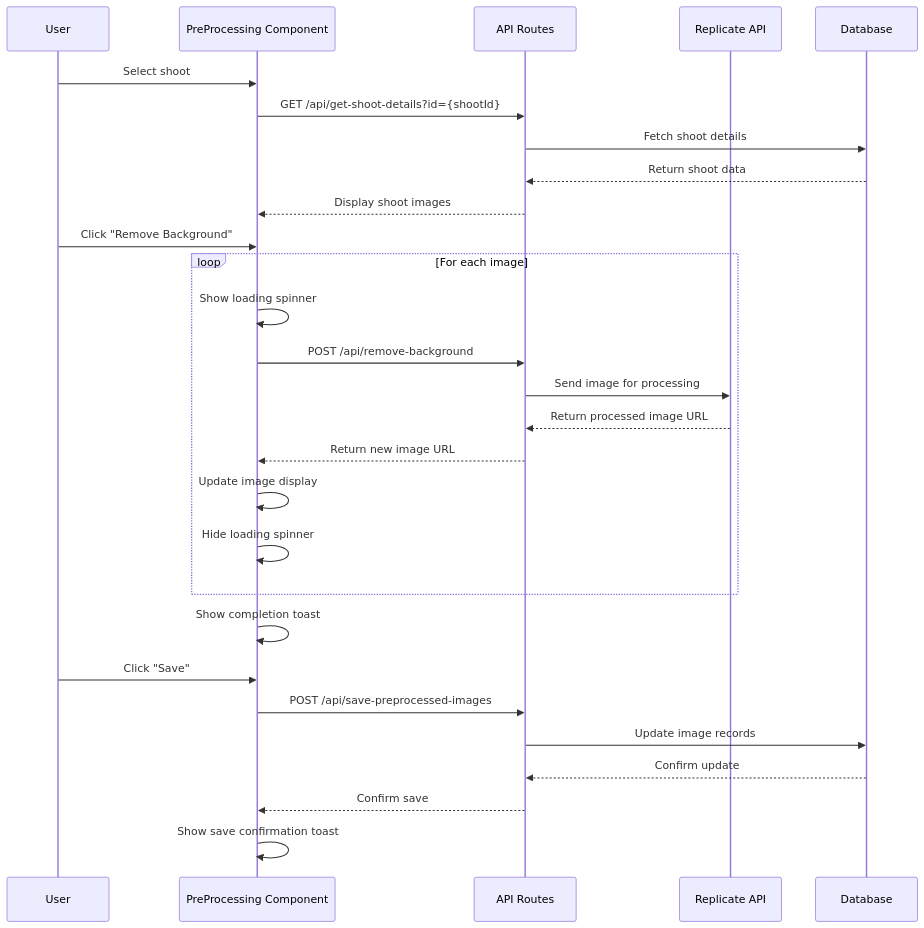
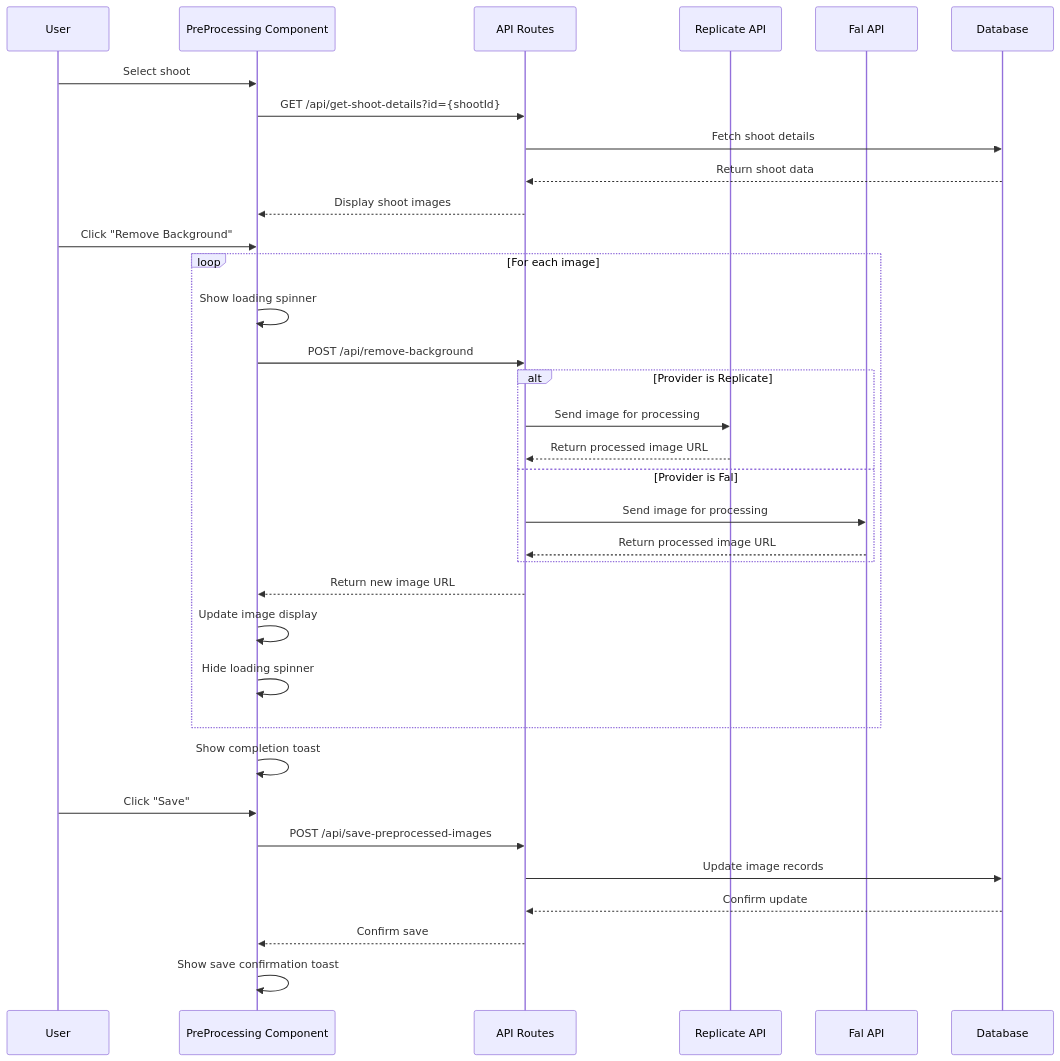
One commit to misterfancysocks/img-model-training-experiment changed the diagram in _specs/pre-processing/remove-background-flow-diagram.md. Above: the diagram before and after it, drawn with Mermaid. The commit also changed 4 other files, not shown here.

````diff
--- a/_specs/pre-processing/remove-background-flow-diagram.md
+++ b/_specs/pre-processing/remove-background-flow-diagram.md
@@ -1,34 +1,40 @@
 ```mermaid
 sequenceDiagram
     participant User
     participant UI as PreProcessing Component
     participant API as API Routes
     participant Replicate as Replicate API
+    participant Fal as Fal API
     participant DB as Database
 
     User->>UI: Select shoot
     UI->>API: GET /api/get-shoot-details?id={shootId}
     API->>DB: Fetch shoot details
     DB-->>API: Return shoot data
     API-->>UI: Display shoot images
 
     User->>UI: Click "Remove Background"
     loop For each image
         UI->>UI: Show loading spinner
         UI->>API: POST /api/remove-background
-        API->>Replicate: Send image for processing
-        Replicate-->>API: Return processed image URL
+        alt Provider is Replicate
+            API->>Replicate: Send image for processing
+            Replicate-->>API: Return processed image URL
+        else Provider is Fal
+            API->>Fal: Send image for processing
+            Fal-->>API: Return processed image URL
+        end
         API-->>UI: Return new image URL
         UI->>UI: Update image display
         UI->>UI: Hide loading spinner
     end
 
     UI->>UI: Show completion toast
 
     User->>UI: Click "Save"
     UI->>API: POST /api/save-preprocessed-images
     API->>DB: Update image records
     DB-->>API: Confirm update
     API-->>UI: Confirm save
     UI->>UI: Show save confirmation toast
 ```
````
